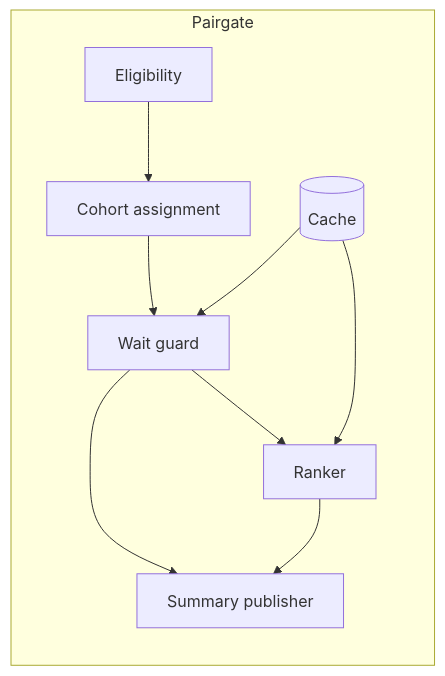
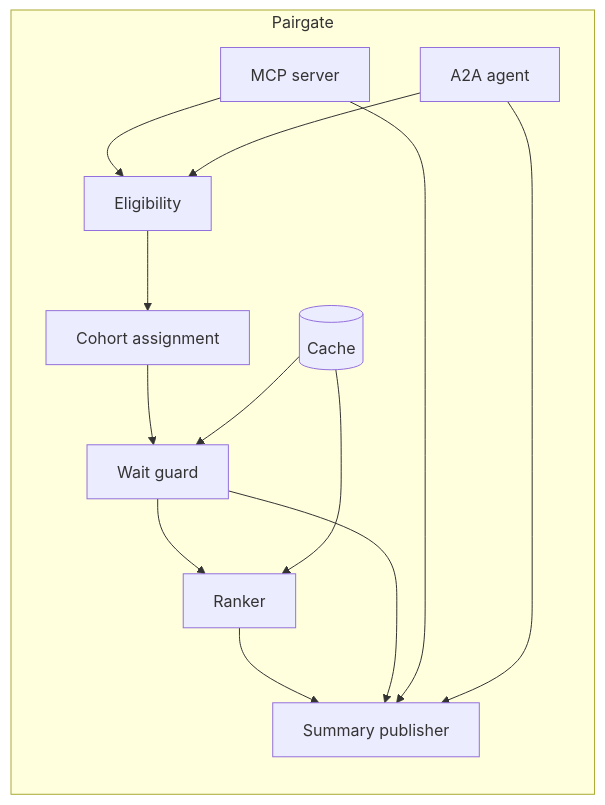
The second of 8 diagrams in docs/architecture.md (vikas-prasad-cx/pairgate), drawn with Mermaid before and after one commit. The commit also changed other lines of this file and 1 other file, not shown here.

First line of the commit message:
docs: show MCP, Agent2Agent, and the model on the architecture

````diff
--- a/docs/architecture.md
+++ b/docs/architecture.md
@@ -45,17 +68,23 @@
 ```mermaid
 flowchart LR
   subgraph pairgate["Pairgate"]
     Elig[Eligibility]
     Cohort[Cohort assignment]
     Guard[Wait guard]
     Rank[Ranker]
     Cache[(Cache)]
     Pub[Summary publisher]
+    MCP[MCP server]
+    A2A[A2A agent]
   end
 
   Elig --> Cohort --> Guard --> Rank
   Cache --> Rank
   Cache --> Guard
   Rank --> Pub
   Guard --> Pub
+  MCP --> Elig
+  A2A --> Elig
+  MCP --> Pub
+  A2A --> Pub
 ```
````
